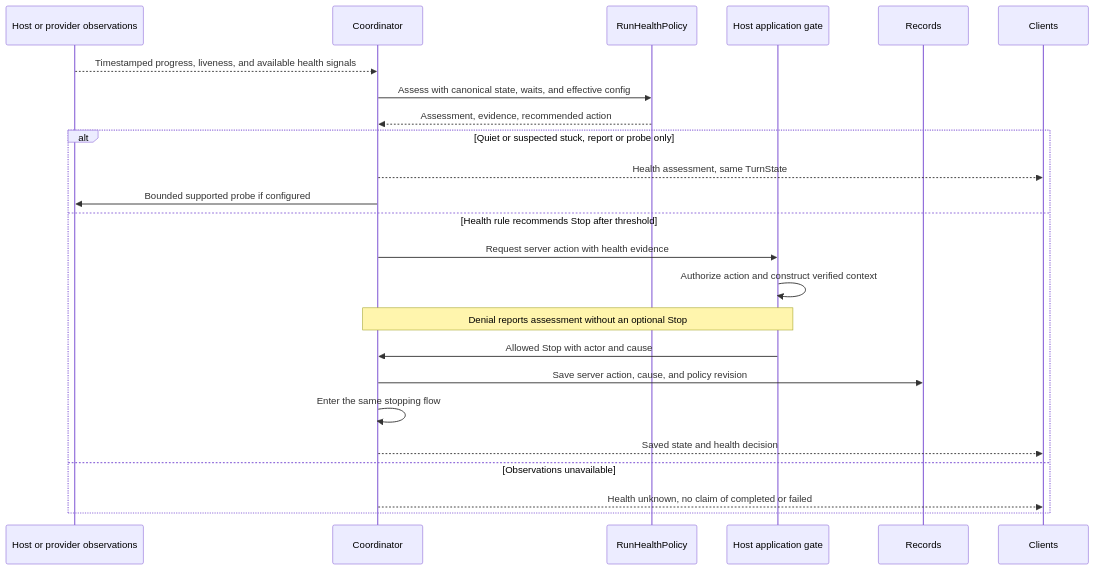
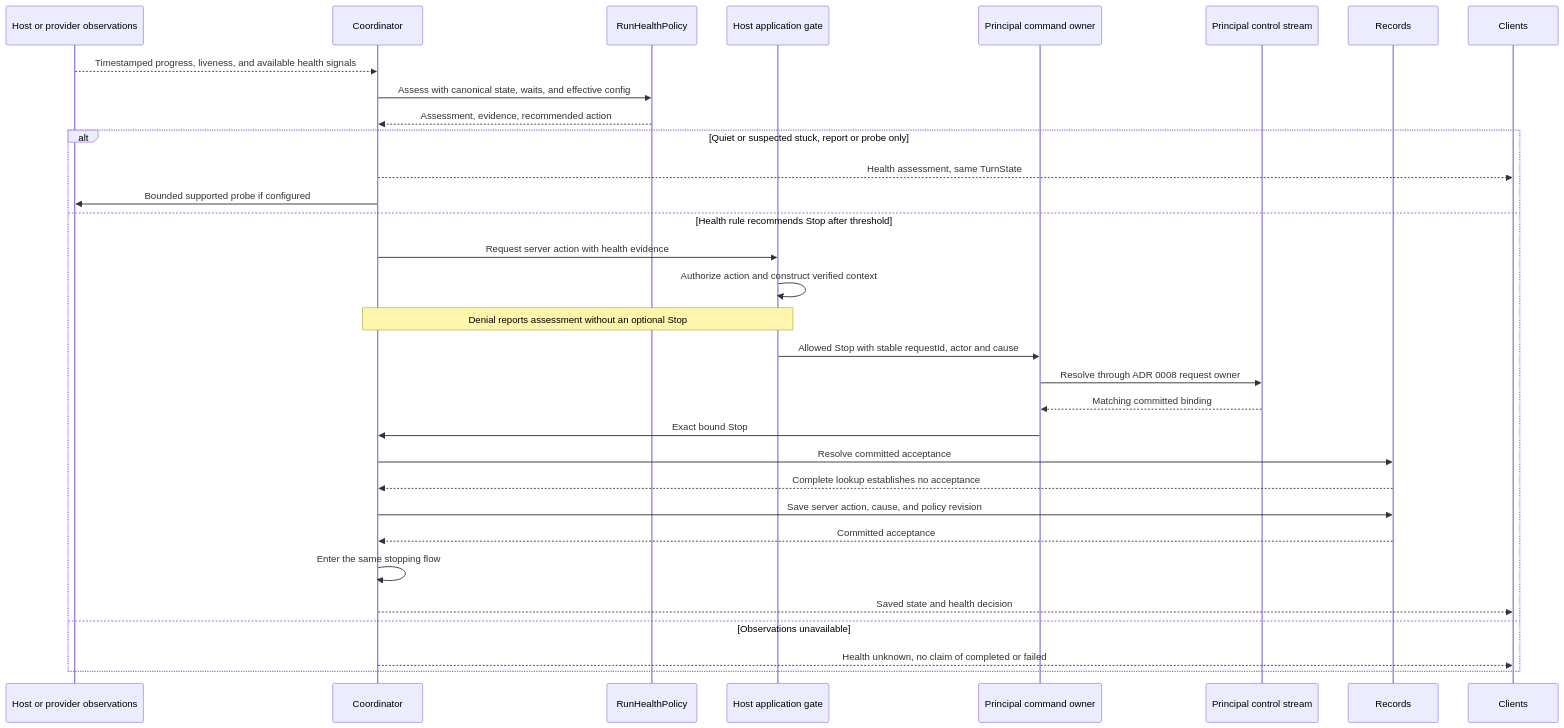
One commit to nessalabs/nessa-agent changed the seventh of 8 diagrams in docs/design/agent_execution/runtime-classes-and-sequences.md. Above: the diagram before and after it, drawn with Mermaid. The commit also changed other lines of this file and 7 other files, not shown here.

````diff
--- a/docs/design/agent_execution/runtime-classes-and-sequences.md
+++ b/docs/design/agent_execution/runtime-classes-and-sequences.md
@@ -407,26 +449,34 @@
 ```mermaid
 sequenceDiagram
     participant H as Host or provider observations
     participant R as Coordinator
     participant P as RunHealthPolicy
     participant G as Host application gate
+    participant I as Principal command owner
+    participant K as Principal control stream
     participant S as Records
     participant C as Clients
     H-->>R: Timestamped progress, liveness, and available health signals
     R->>P: Assess with canonical state, waits, and effective config
     P-->>R: Assessment, evidence, recommended action
     alt Quiet or suspected stuck, report or probe only
         R-->>C: Health assessment, same TurnState
         R->>H: Bounded supported probe if configured
     else Health rule recommends Stop after threshold
         R->>G: Request server action with health evidence
         G->>G: Authorize action and construct verified context
         Note over G,R: Denial reports assessment without an optional Stop
-        G->>R: Allowed Stop with actor and cause
+        G->>I: Allowed Stop with stable requestId, actor and cause
+        I->>K: Resolve through ADR 0008 request owner
+        K-->>I: Matching committed binding
+        I->>R: Exact bound Stop
+        R->>S: Resolve committed acceptance
+        S-->>R: Complete lookup establishes no acceptance
         R->>S: Save server action, cause, and policy revision
+        S-->>R: Committed acceptance
         R->>R: Enter the same stopping flow
         R-->>C: Saved state and health decision
     else Observations unavailable
         R-->>C: Health unknown, no claim of completed or failed
     end
 ```
````
